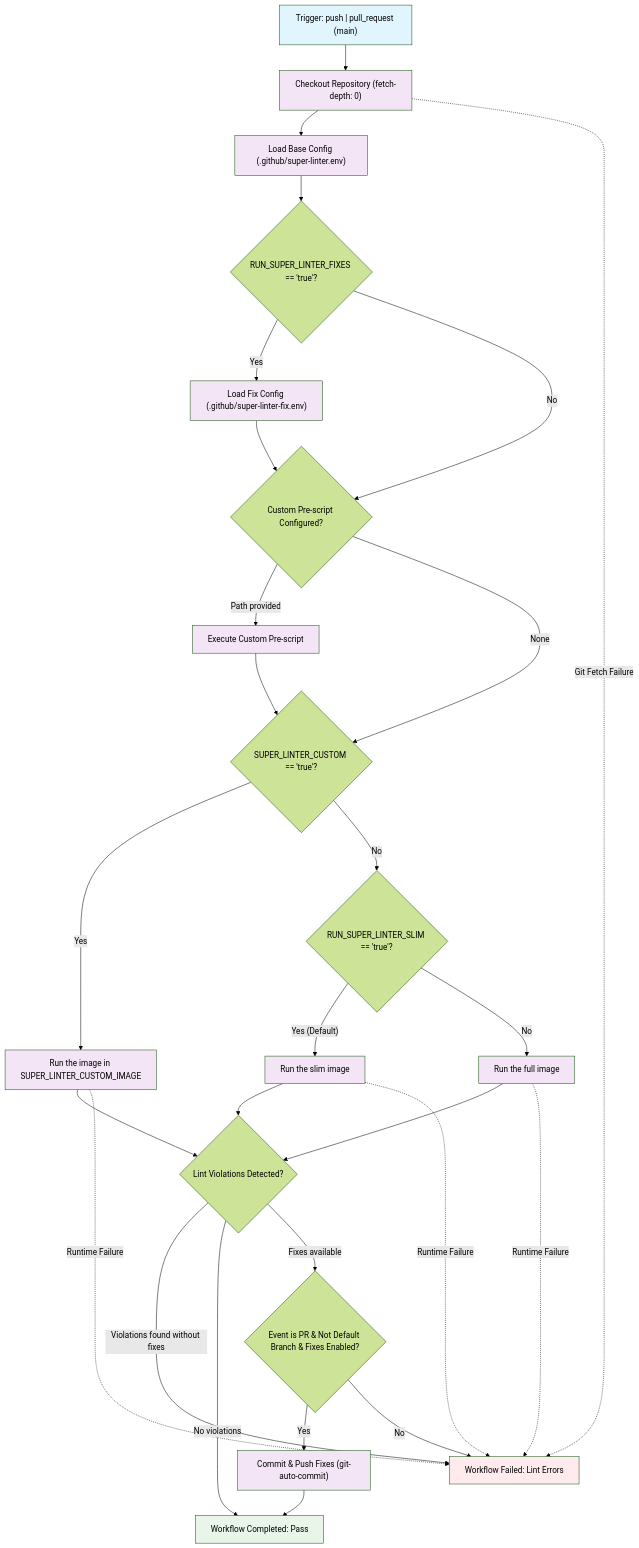
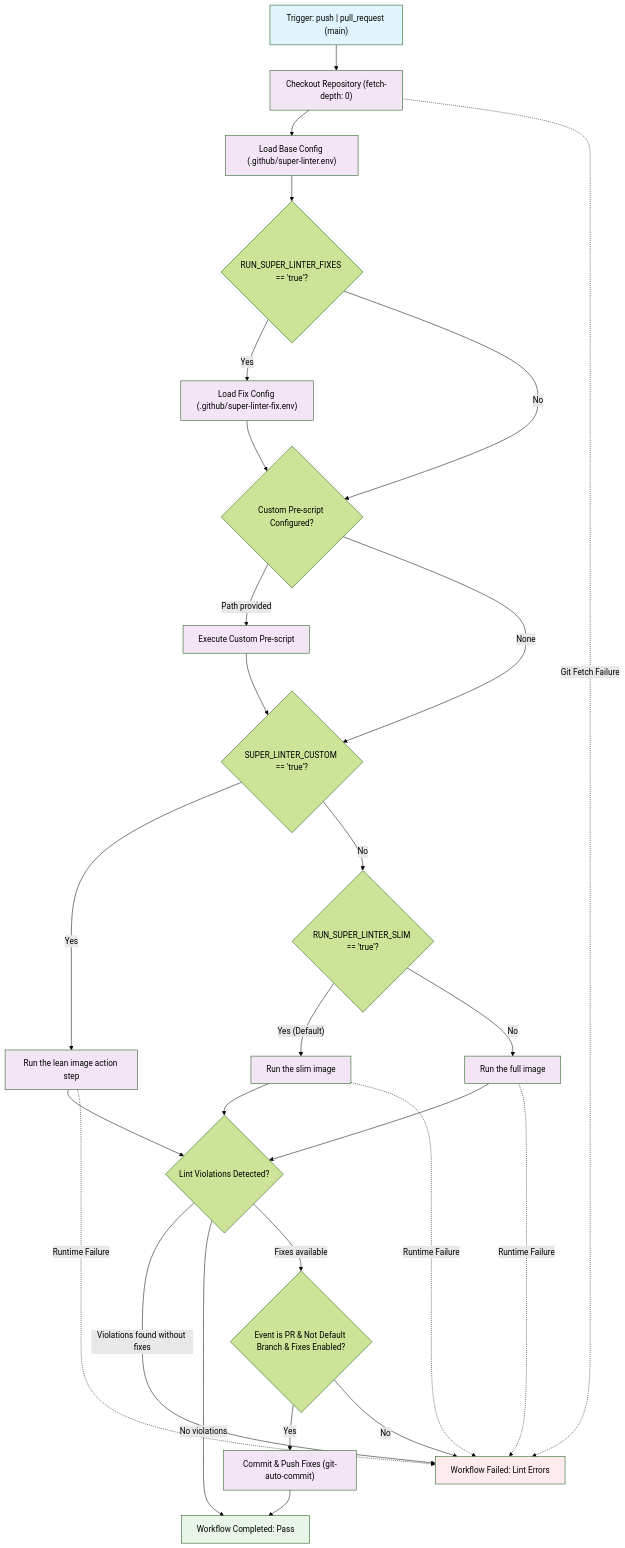
One commit to ghwfxlab/ghwm-registry changed the diagram in workflows/super-linter/spec-process-cicd-super-linter.md. Above: the diagram before and after it, drawn with Mermaid (forest theme). The commit also changed other lines of this file and 2 other files, not shown here.

First line of the commit message:
feat(super-linter): run the lean image as a docker action step

````diff
--- a/workflows/super-linter/spec-process-cicd-super-linter.md
+++ b/workflows/super-linter/spec-process-cicd-super-linter.md
@@ -28,41 +28,41 @@
 ```mermaid
 graph TD
     TriggerNode["Trigger: push | pull_request (main)"] --> Checkout["Checkout Repository (fetch-depth: 0)"]
     Checkout --> LoadConfig["Load Base Config (.github/super-linter.env)"]
     LoadConfig --> CheckFixConfig{"RUN_SUPER_LINTER_FIXES == 'true'?"}
     CheckFixConfig -->|"Yes"| LoadFixConfig["Load Fix Config (.github/super-linter-fix.env)"]
     CheckFixConfig -->|"No"| CheckCustomScript{"Custom Pre-script Configured?"}
     LoadFixConfig --> CheckCustomScript
     CheckCustomScript -->|"Path provided"| RunCustomScript["Execute Custom Pre-script"]
     CheckCustomScript -->|"None"| SelectImage{"SUPER_LINTER_CUSTOM == 'true'?"}
     RunCustomScript --> SelectImage
-    SelectImage -->|"Yes"| RunCustom["Run the image in SUPER_LINTER_CUSTOM_IMAGE"]
+    SelectImage -->|"Yes"| RunCustom["Run the lean image action step"]
     SelectImage -->|"No"| SelectRunner{"RUN_SUPER_LINTER_SLIM == 'true'?"}
     SelectRunner -->|"Yes (Default)"| RunSlim["Run the slim image"]
     SelectRunner -->|"No"| RunFull["Run the full image"]
     RunCustom --> EvalResults{"Lint Violations Detected?"}
     RunSlim --> EvalResults
     RunFull --> EvalResults
     EvalResults -->|"Violations found without fixes"| FailureNode["Workflow Failed: Lint Errors"]
     EvalResults -->|"No violations"| SuccessNode["Workflow Completed: Pass"]
     EvalResults -->|"Fixes available"| CheckAutoCommit{"Event is PR & Not Default Branch & Fixes Enabled?"}
     CheckAutoCommit -->|"Yes"| CommitFixes["Commit & Push Fixes (git-auto-commit)"]
     CheckAutoCommit -->|"No"| FailureNode
     CommitFixes --> SuccessNode
     Checkout -.->|"Git Fetch Failure"| FailureNode
     RunCustom -.->|"Runtime Failure"| FailureNode
     RunSlim -.->|"Runtime Failure"| FailureNode
     RunFull -.->|"Runtime Failure"| FailureNode
 
     style TriggerNode fill:#e1f5fe
     style SuccessNode fill:#e8f5e8
     style FailureNode fill:#ffebee
     style Checkout fill:#f3e5f5
     style LoadConfig fill:#f3e5f5
     style LoadFixConfig fill:#f3e5f5
     style RunCustomScript fill:#f3e5f5
     style RunCustom fill:#f3e5f5
     style RunSlim fill:#f3e5f5
     style RunFull fill:#f3e5f5
     style CommitFixes fill:#f3e5f5
 ```
````
